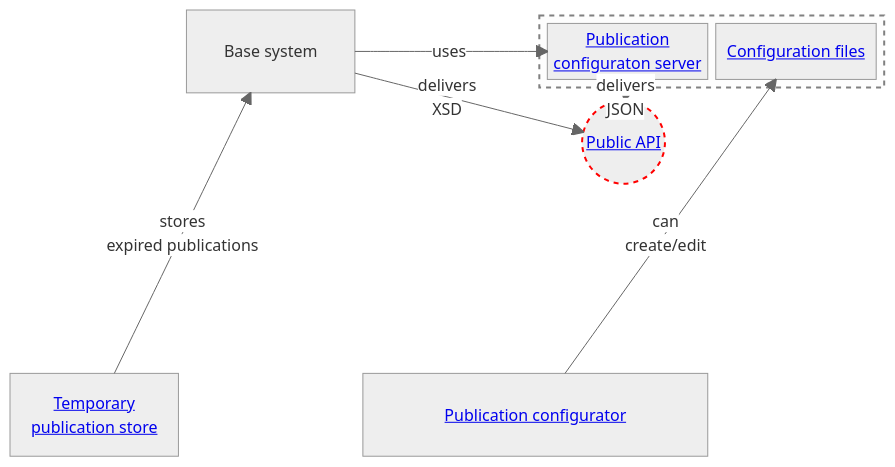
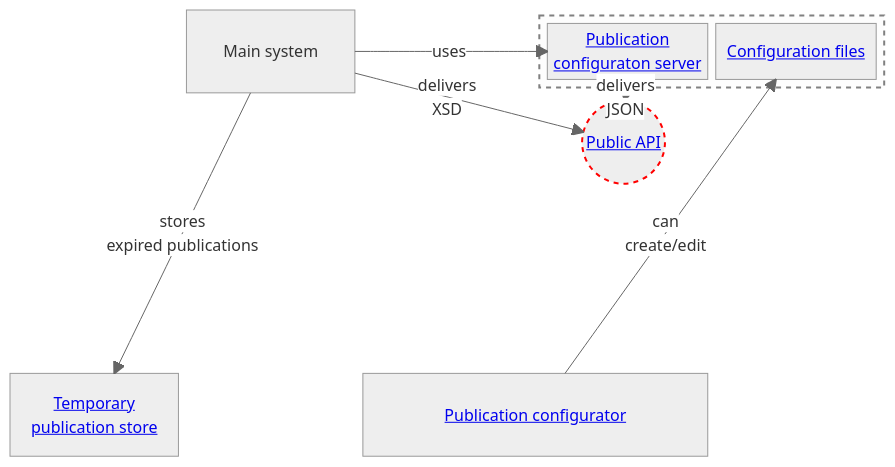
The diagram in README.md (officialgazette/big-picture), drawn with Mermaid before and after one commit. The commit also changed other lines of this file, not shown here.

````diff
--- a/README.md
+++ b/README.md
@@ -29,42 +29,42 @@
 ```mermaid
 
 %%{
   init: {
     'theme': 'neutral'
   }
 }%%
 
 block-beta
 columns 4
 
 space
-  core["Base system"] space
+  core["Main system"] space
 block:scope:2
 configServer["<a href='https://github.com/officialgazette/publication-configurator-server'>Publication
 configuraton server</a>"]
 termsConfig["<a href='https://github.com/officialgazette/publication-standard'>Configuration files</a>"]
 end
 space:3
 api(("<a href='https://amtsblattportal.ch/docs/api'>Public API</a>"))
 space:8
 tempStore["<a href='https://github.com/officialgazette/temp-publication-store'>Temporary
 publication store</a>"]
 space
 
 Config["<a href='https://github.com/officialgazette/publication-configurator'>Publication configurator</a>"]:2
 
 
 Config--"can
 create/edit"-->termsConfig
 core--"uses"-->configServer
-tempStore--"stores
-expired publications"-->core
+core--"stores
+expired publications"-->tempStore
 core--"delivers
 XSD"-->api
 configServer--"delivers
 JSON"-->api
 
 
 style scope stroke:grey,stroke-width:2px,color:#fff,stroke-dasharray: 5 5
 style api stroke:red,stroke-width:2px,color:grey,stroke-dasharray: 5 5
 ```
````
